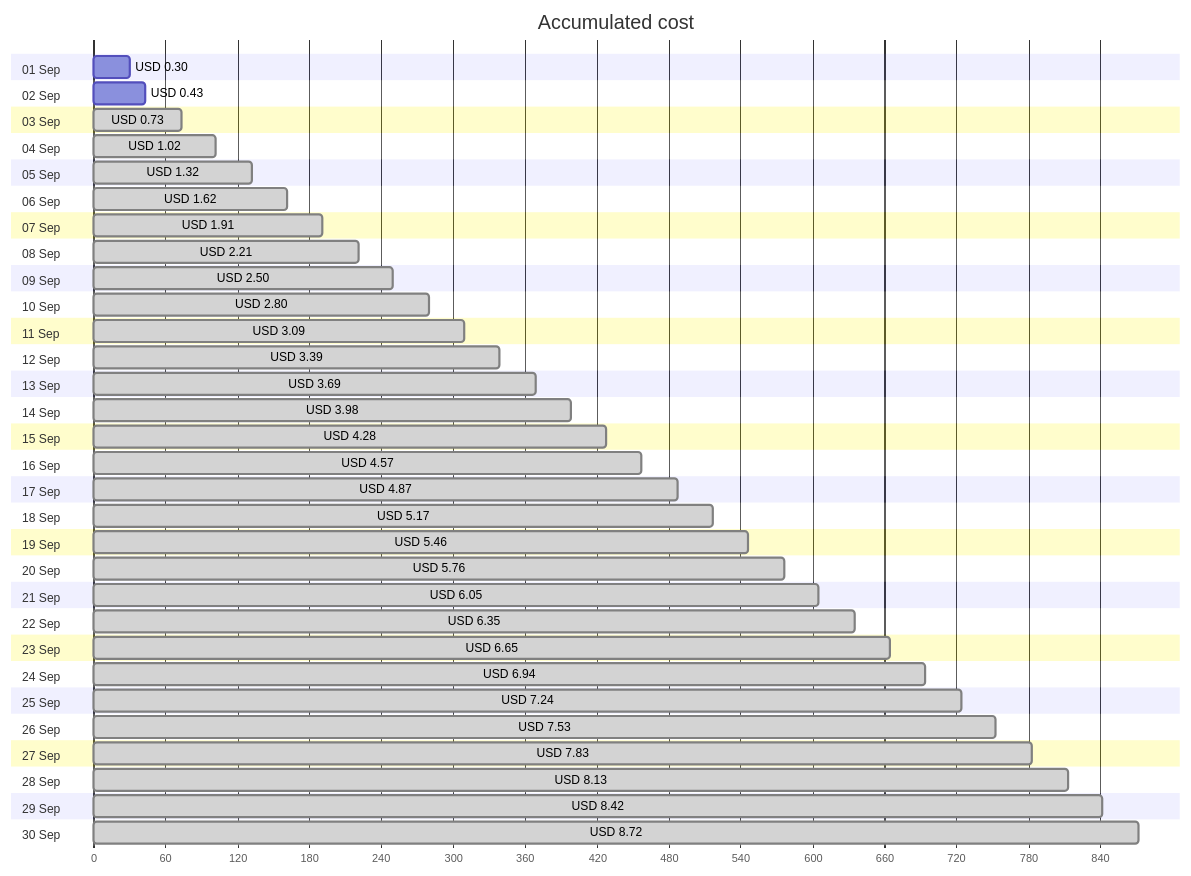
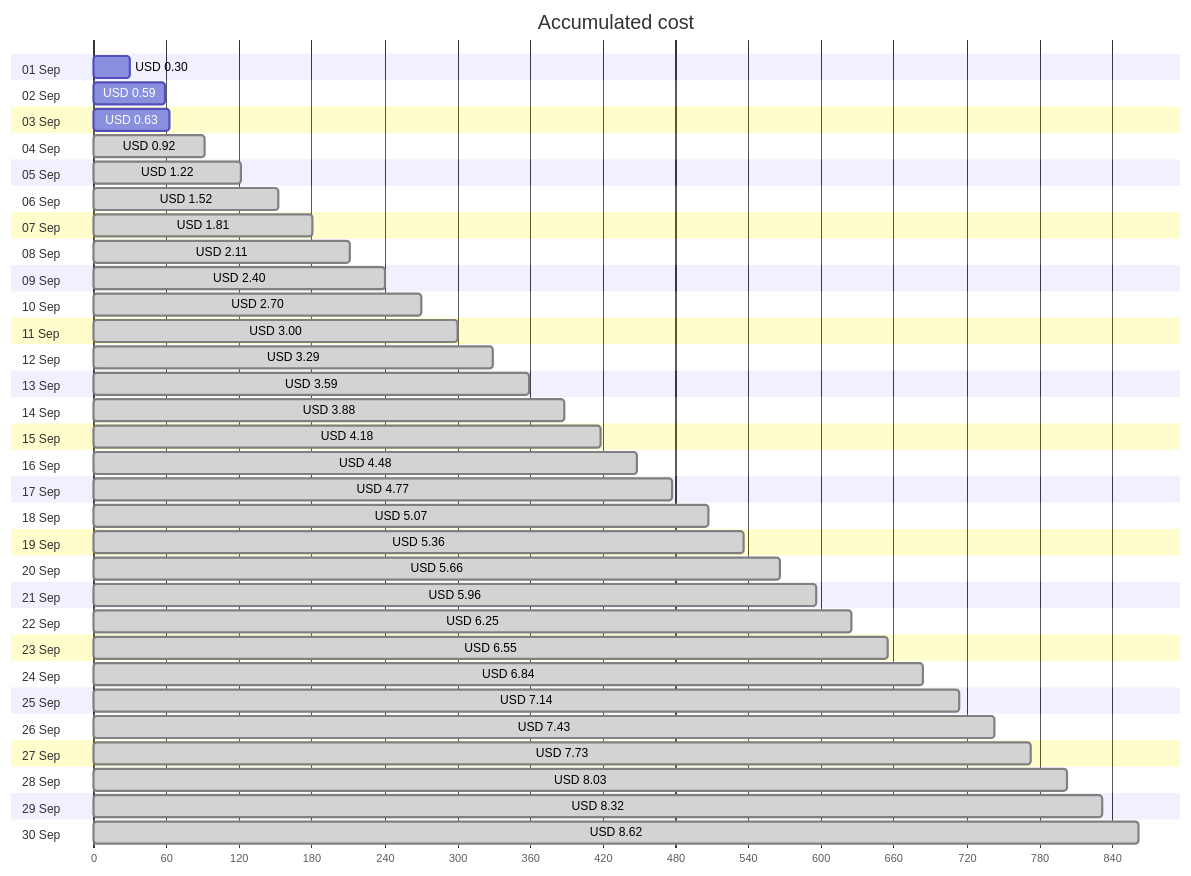
Before and after one commit to jpfulton/azure-personal-reports: the first of 4 diagrams in cost-reports/personal-site/personal-site.md, drawn with Mermaid. The commit also changed other lines of this file and 6 other files, not shown here.

````diff
--- a/cost-reports/personal-site/personal-site.md
+++ b/cost-reports/personal-site/personal-site.md
@@ -20,66 +20,66 @@
 ```mermaid
 gantt
    title Accumulated cost
    dateFormat  X
    axisFormat %s
    section 01 Sep
    USD 0.30 :0, 30
    section 02 Sep
-   USD 0.43 :0, 43
+   USD 0.59 :0, 59
    section 03 Sep
-   USD 0.73 : done, 0, 73
+   USD 0.63 :0, 63
    section 04 Sep
-   USD 1.02 : done, 0, 102
+   USD 0.92 : done, 0, 92
    section 05 Sep
-   USD 1.32 : done, 0, 132
+   USD 1.22 : done, 0, 122
    section 06 Sep
-   USD 1.62 : done, 0, 162
+   USD 1.52 : done, 0, 152
    section 07 Sep
-   USD 1.91 : done, 0, 191
+   USD 1.81 : done, 0, 181
    section 08 Sep
-   USD 2.21 : done, 0, 221
+   USD 2.11 : done, 0, 211
    section 09 Sep
-   USD 2.50 : done, 0, 250
+   USD 2.40 : done, 0, 240
    section 10 Sep
-   USD 2.80 : done, 0, 280
+   USD 2.70 : done, 0, 270
    section 11 Sep
-   USD 3.09 : done, 0, 309
+   USD 3.00 : done, 0, 300
    section 12 Sep
-   USD 3.39 : done, 0, 339
+   USD 3.29 : done, 0, 329
    section 13 Sep
-   USD 3.69 : done, 0, 369
+   USD 3.59 : done, 0, 359
    section 14 Sep
-   USD 3.98 : done, 0, 398
+   USD 3.88 : done, 0, 388
    section 15 Sep
-   USD 4.28 : done, 0, 428
+   USD 4.18 : done, 0, 418
    section 16 Sep
-   USD 4.57 : done, 0, 457
+   USD 4.48 : done, 0, 448
    section 17 Sep
-   USD 4.87 : done, 0, 487
+   USD 4.77 : done, 0, 477
    section 18 Sep
-   USD 5.17 : done, 0, 517
+   USD 5.07 : done, 0, 507
    section 19 Sep
-   USD 5.46 : done, 0, 546
+   USD 5.36 : done, 0, 536
    section 20 Sep
-   USD 5.76 : done, 0, 576
+   USD 5.66 : done, 0, 566
    section 21 Sep
-   USD 6.05 : done, 0, 605
+   USD 5.96 : done, 0, 596
    section 22 Sep
-   USD 6.35 : done, 0, 635
+   USD 6.25 : done, 0, 625
    section 23 Sep
-   USD 6.65 : done, 0, 665
+   USD 6.55 : done, 0, 655
    section 24 Sep
-   USD 6.94 : done, 0, 694
+   USD 6.84 : done, 0, 684
    section 25 Sep
-   USD 7.24 : done, 0, 724
+   USD 7.14 : done, 0, 714
    section 26 Sep
-   USD 7.53 : done, 0, 753
+   USD 7.43 : done, 0, 743
    section 27 Sep
-   USD 7.83 : done, 0, 783
+   USD 7.73 : done, 0, 773
    section 28 Sep
-   USD 8.13 : done, 0, 813
+   USD 8.03 : done, 0, 803
    section 29 Sep
-   USD 8.42 : done, 0, 842
+   USD 8.32 : done, 0, 832
    section 30 Sep
-   USD 8.72 : done, 0, 872
+   USD 8.62 : done, 0, 862
 ```
````
